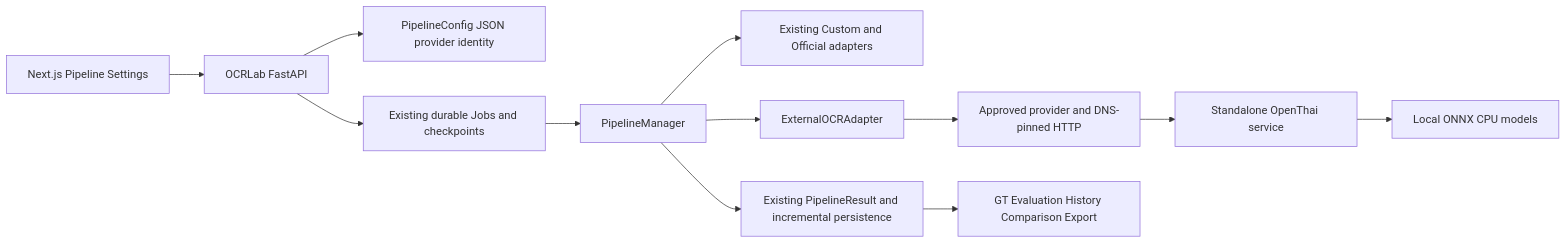
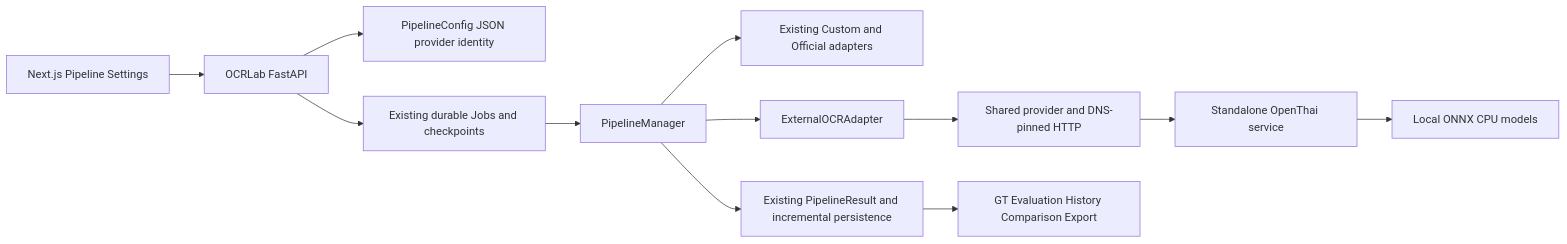
The diagram in docs/external-ocr-pipelines-architecture.md (jackchayapon/ocrtest), drawn with Mermaid before and after one commit. The commit also changed other lines of this file and 39 other files, not shown here.

Commit message:
feat: enable public shared external OCR configuration

````diff
--- a/docs/external-ocr-pipelines-architecture.md
+++ b/docs/external-ocr-pipelines-architecture.md
@@ -3,14 +3,14 @@
 ```mermaid
 flowchart LR
   UI[Next.js Pipeline Settings] --> API[OCRLab FastAPI]
   API --> Config[PipelineConfig JSON provider identity]
   API --> Jobs[Existing durable Jobs and checkpoints]
   Jobs --> Manager[PipelineManager]
   Manager --> Internal[Existing Custom and Official adapters]
   Manager --> External[ExternalOCRAdapter]
-  External --> HTTP[Approved provider and DNS-pinned HTTP]
+  External --> HTTP[Shared provider and DNS-pinned HTTP]
   HTTP --> OpenThai[Standalone OpenThai service]
   OpenThai --> Model[Local ONNX CPU models]
   Manager --> Result[Existing PipelineResult and incremental persistence]
   Result --> Views[GT Evaluation History Comparison Export]
 ```
````
